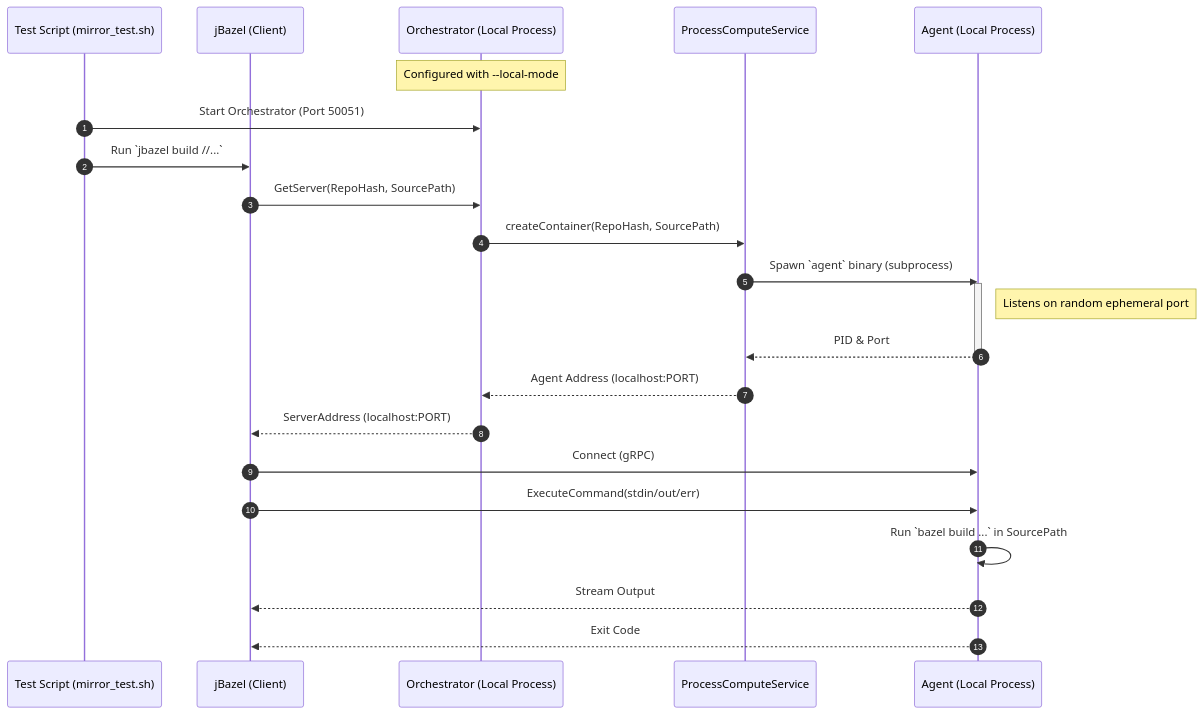
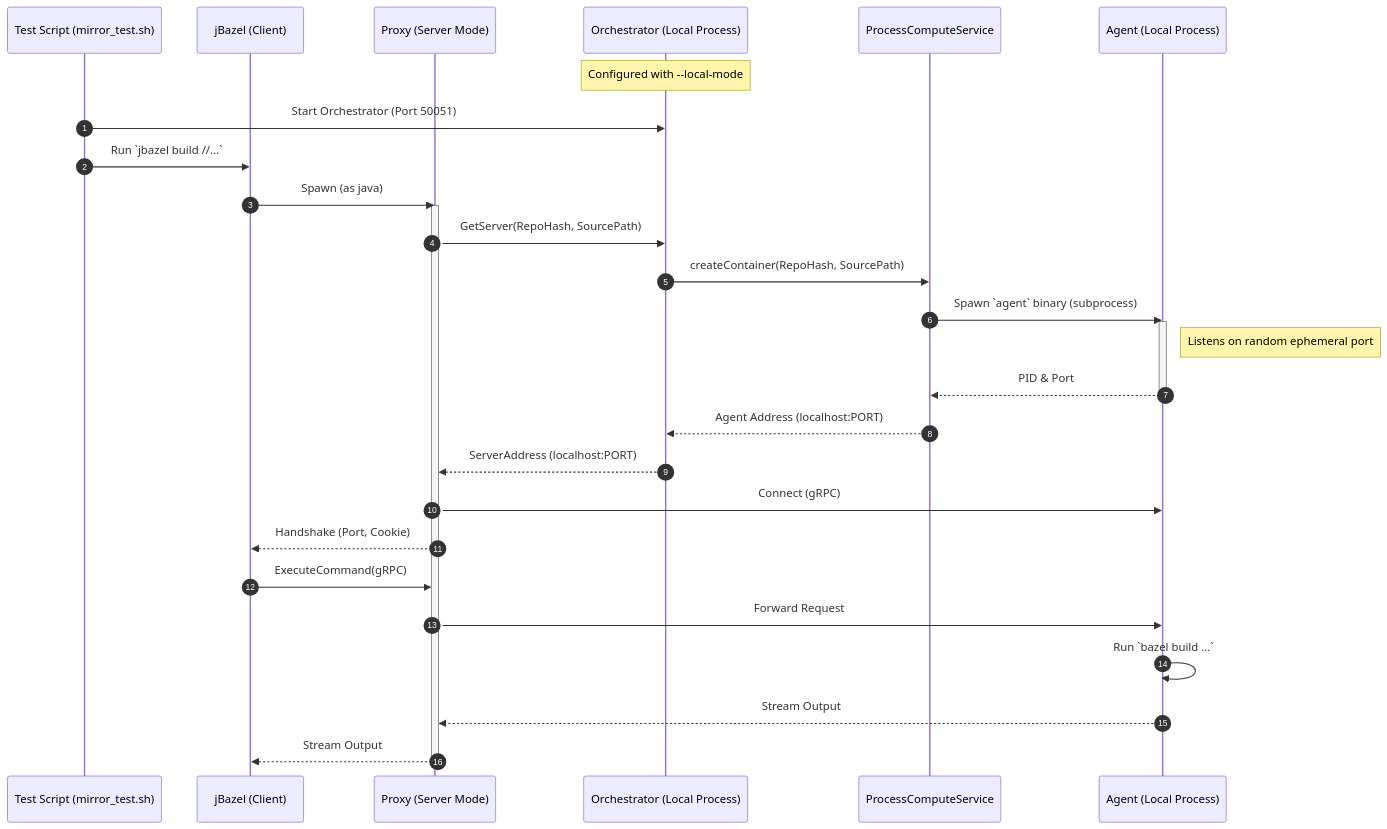
One commit to JonathanPerry651/remote-build-server changed the first of 2 diagrams in docs/test_architecture.md. Above: the diagram before and after it, drawn with Mermaid. The commit also changed 24 other files, not shown here.

````diff
--- a/docs/test_architecture.md
+++ b/docs/test_architecture.md
@@ -9,30 +9,37 @@
 ```mermaid
 sequenceDiagram
     autonumber
     participant T as Test Script (mirror_test.sh)
     participant J as jBazel (Client)
+    participant Pr as Proxy (Server Mode)
     participant O as Orchestrator (Local Process)
     participant P as ProcessComputeService
     participant A as Agent (Local Process)
 
     Note over O: Configured with --local-mode
     
     T->>O: Start Orchestrator (Port 50051)
     
     T->>J: Run `jbazel build //...`
-    J->>O: GetServer(RepoHash, SourcePath)
+    J->>Pr: Spawn (as java)
+    activate Pr
+    Pr->>O: GetServer(RepoHash, SourcePath)
     O->>P: createContainer(RepoHash, SourcePath)
     P->>A: Spawn `agent` binary (subprocess)
     activate A
     Note right of A: Listens on random ephemeral port
     A-->>P: PID & Port
     deactivate A
     P-->>O: Agent Address (localhost:PORT)
-    O-->>J: ServerAddress (localhost:PORT)
+    O-->>Pr: ServerAddress (localhost:PORT)
     
-    J->>A: Connect (gRPC)
-    J->>A: ExecuteCommand(stdin/out/err)
-    A->>A: Run `bazel build ...` in SourcePath
-    A-->>J: Stream Output
-    A-->>J: Exit Code
+    Pr->>A: Connect (gRPC)
+    Pr-->>J: Handshake (Port, Cookie)
+    
+    J->>Pr: ExecuteCommand(gRPC)
+    Pr->>A: Forward Request
+    A->>A: Run `bazel build ...`
+    A-->>Pr: Stream Output
+    Pr-->>J: Stream Output
+    deactivate Pr
 ```
````
